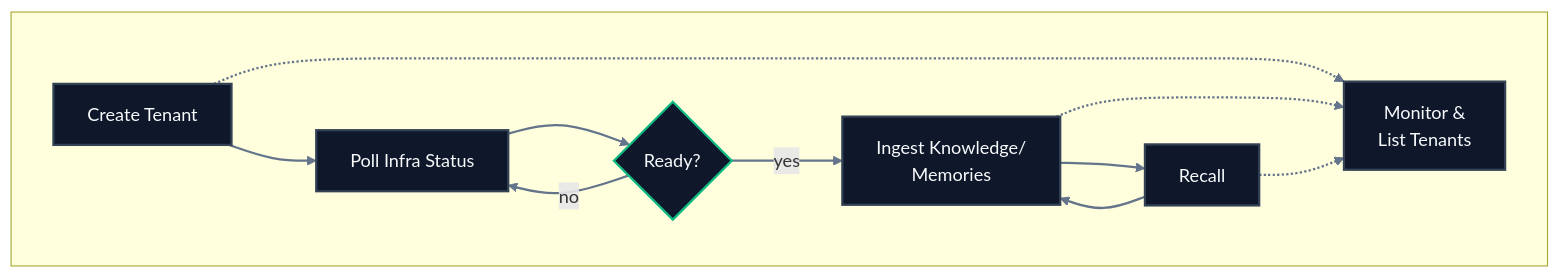
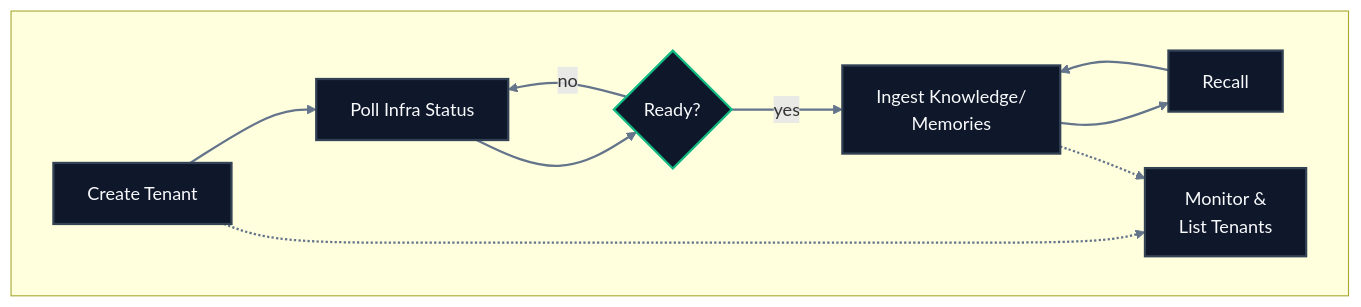
The diagram in api-reference/endpoint/tenants-overview.mdx (sreeramgvp11/mintlify-docs), drawn with Mermaid before and after one commit. The commit also changed 2 other files, not shown here.

````diff
--- a/api-reference/endpoint/tenants-overview.mdx
+++ b/api-reference/endpoint/tenants-overview.mdx
@@ -8,42 +8,41 @@
 ```mermaid
 flowchart LR
 
     %% HydraDB Dark Mode class definitions
     classDef standard fill:#0f172a,stroke:#334155,stroke-width:2px,color:#f8fafc;
     classDef innovation fill:#4c1d95,stroke:#8b5cf6,stroke-width:3px,color:#ffffff,font-weight:bold;
     classDef success fill:#0f172a,stroke:#10b981,stroke-width:2px,color:#f8fafc;
     classDef failure fill:#0f172a,stroke:#ef4444,stroke-width:2px,color:#f8fafc;
 
     %% Core lifecycle flow
     subgraph TenantLifecycle [" "]
       direction LR
       A[Create Tenant]
       B[Poll Infra Status]
       C{Ready?}
       D[Ingest Knowledge/<br/>Memories]
       E[Recall]
       M[Monitor &<br/>List Tenants]
     end
     class TenantLifecycle fill:none,stroke:none;
 
     %% Flow
     A --> B
     B --> C
     C -- no --> B
     C -- yes --> D
     D --> E
     E --> D
 
     %% Observability and Teardown flows
     A -.-> M
     D -.-> M
-    E -.-> M
 
     %% Class assignments
     class A,B,D,E,M standard;
     class F failure;
     class C success;
 
     %% Link styling
     linkStyle default stroke:#64748b,stroke-width:2px;
 ```
````
